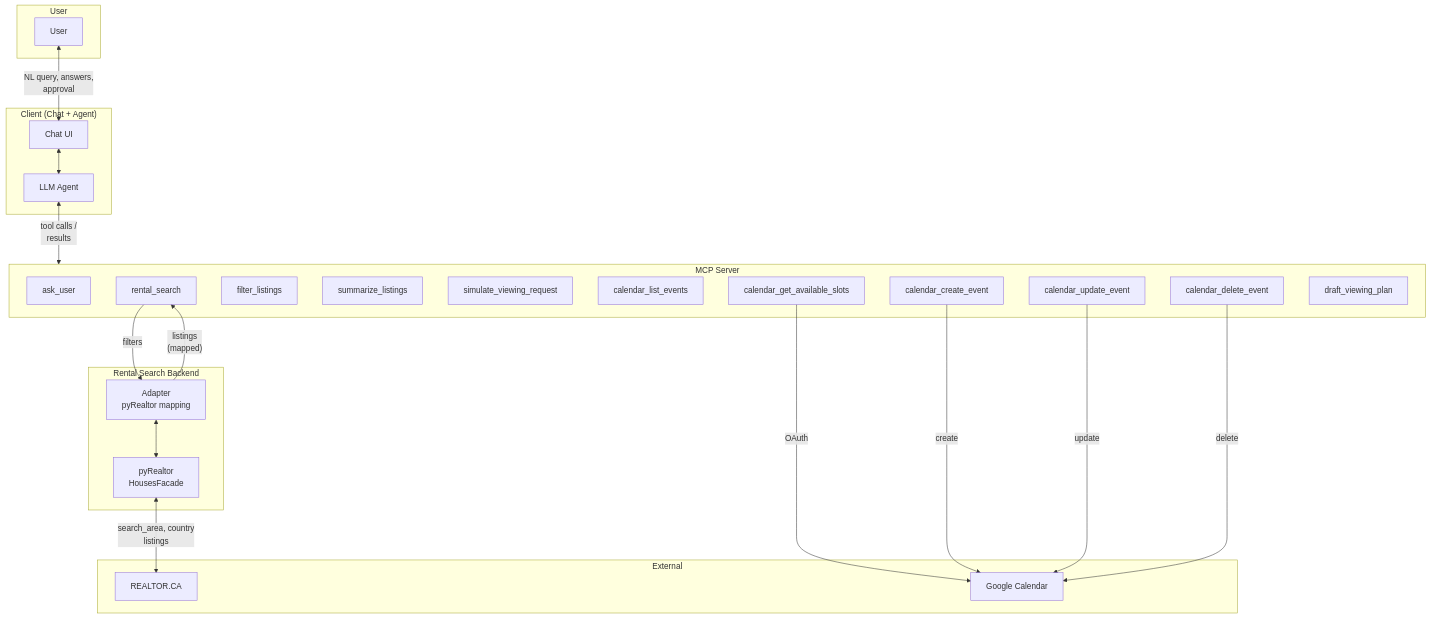
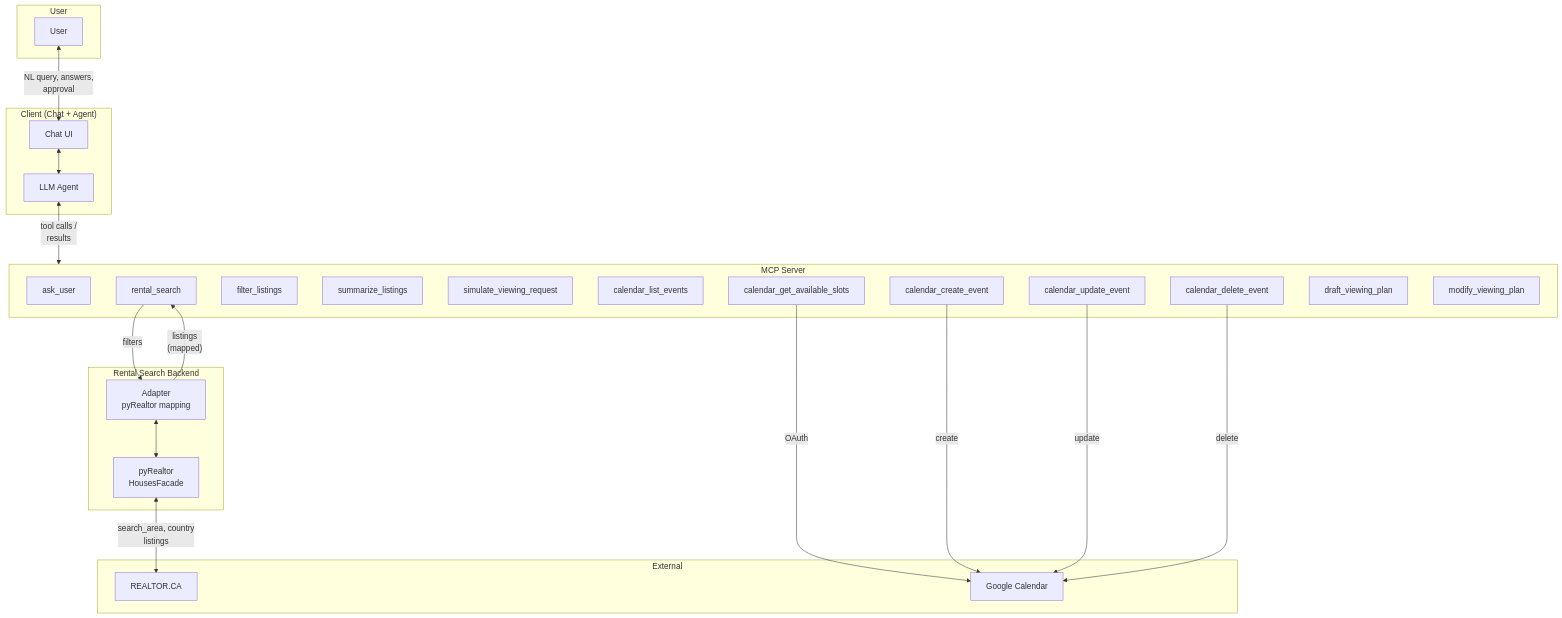
The first of 2 diagrams in docs/rental-search-assistant-mvp-technical-spec.md (smakamali/rental_search_agent), drawn with Mermaid before and after one commit. The commit also changed other lines of this file, not shown here.

Commit message:
Update technical spec: add modify_viewing_plan tool, unused_slots

````diff
--- a/docs/rental-search-assistant-mvp-technical-spec.md
+++ b/docs/rental-search-assistant-mvp-technical-spec.md
@@ -20,48 +20,49 @@
 ```mermaid
 flowchart TB
     subgraph User["User"]
         U[User]
     end
 
     subgraph Client["Client (Chat + Agent)"]
         UI[Chat UI]
         Agent[LLM Agent]
         UI <--> Agent
     end
 
     subgraph MCP["MCP Server"]
         T1[ask_user]
         T2[rental_search]
         T2b[filter_listings]
         T2c[summarize_listings]
         T3[simulate_viewing_request]
         T4[calendar_list_events]
         T5[calendar_get_available_slots]
         T6[calendar_create_event]
         T7[calendar_update_event]
         T8[calendar_delete_event]
         T9[draft_viewing_plan]
+        T10[modify_viewing_plan]
     end
 
     subgraph Backend["Rental Search Backend"]
         Adapter[Adapter\npyRealtor mapping]
         PyRealtor[pyRealtor\nHousesFacade]
         Adapter <--> PyRealtor
     end
 
     subgraph External["External"]
         REALTOR[REALTOR.CA]
         GC[Google Calendar]
     end
 
     T5 -->|"OAuth"| GC
     T6 -->|"create"| GC
     T7 -->|"update"| GC
     T8 -->|"delete"| GC
 
     U <-->|"NL query, answers,\napproval"| UI
     Agent <-->|"tool calls /\nresults"| MCP
     T2 -->|"filters"| Adapter
     Adapter -->|"listings\n(mapped)"| T2
     PyRealtor <-->|"search_area, country\nlistings"| REALTOR
 ```
````
